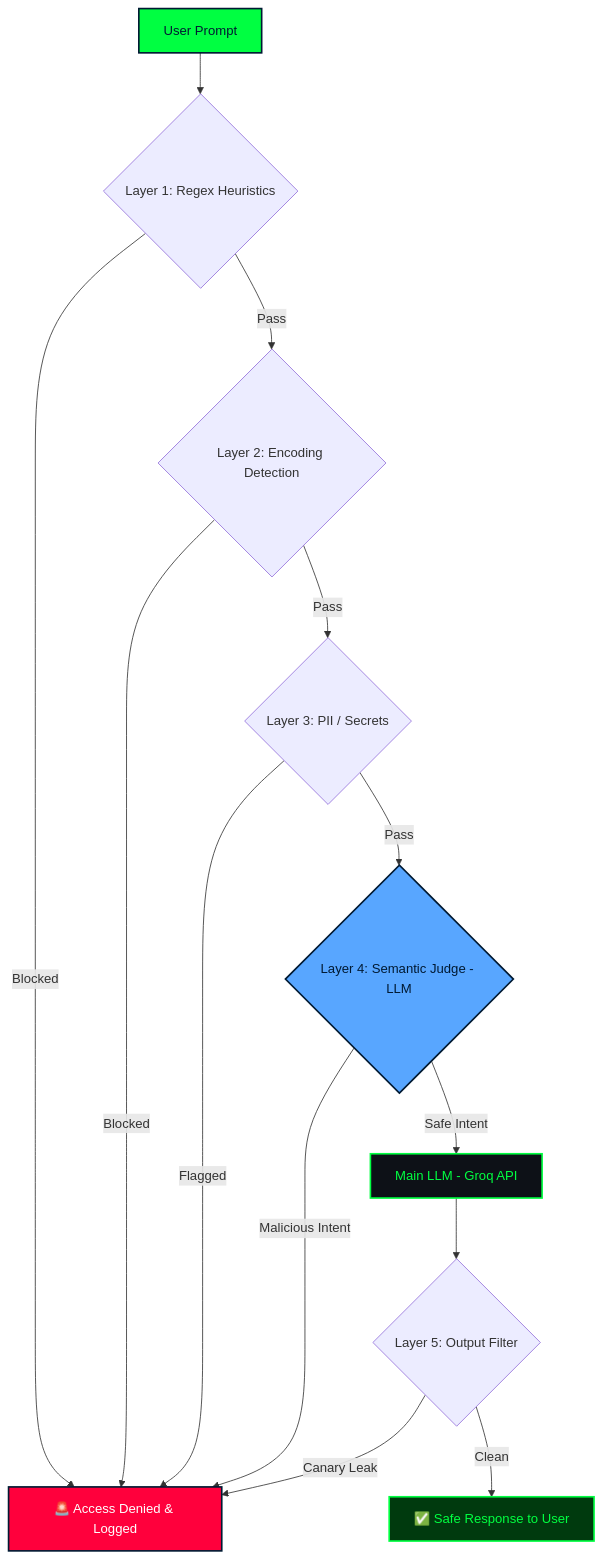
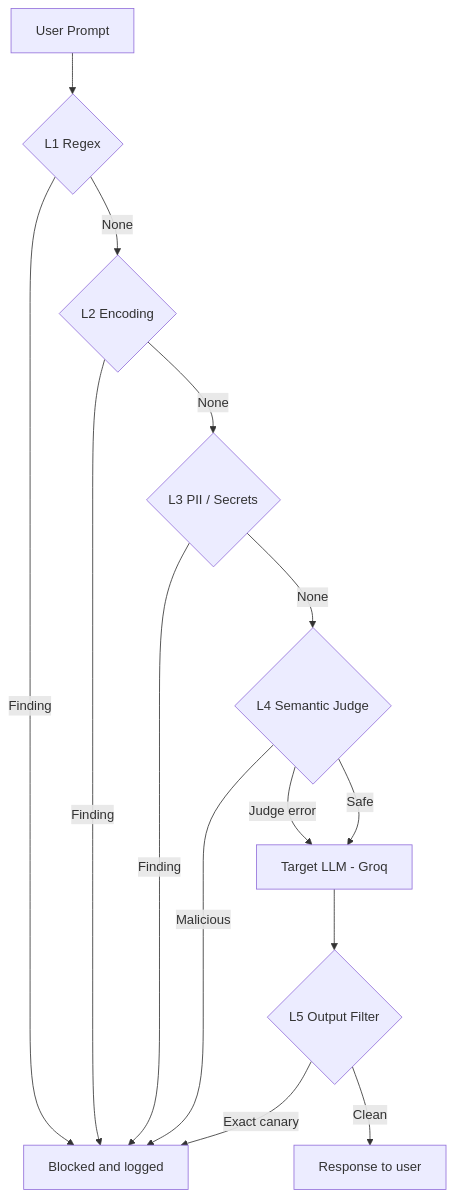
One commit to codewarrior777/prompt-aegis changed the diagram in README.md. Above: the diagram before and after it, drawn with Mermaid. The commit also changed other lines of this file and 2 other files, not shown here.

First line of the commit message:
Aegis: research-prototype README, judge model migration, visible judge errors

````diff
--- a/README.md
+++ b/README.md
@@ -46,21 +37,16 @@
 ```mermaid
 graph TD
-    A[User Prompt] --> B{Layer 1: Regex Heuristics}
-    B -->|Blocked| F[🚨 Access Denied & Logged]
-    B -->|Pass| C{Layer 2: Encoding Detection}
-    C -->|Blocked| F
-    C -->|Pass| D{Layer 3: PII / Secrets}
-    D -->|Flagged| F
-    D -->|Pass| E{Layer 4: Semantic Judge - LLM}
-    E -->|Malicious Intent| F
-    E -->|Safe Intent| G[Main LLM - Groq API]
-    G --> H{Layer 5: Output Filter}
-    H -->|Canary Leak| F
-    H -->|Clean| I[✅ Safe Response to User]
-
-    style A fill:#00ff41,stroke:#001a33,stroke-width:2px,color:#001a33
-    style F fill:#ff003c,stroke:#001a33,stroke-width:2px,color:#fff
-    style E fill:#58a6ff,stroke:#001a33,stroke-width:2px,color:#001a33
-    style G fill:#0d1117,stroke:#00ff41,stroke-width:2px,color:#00ff41
-    style I fill:#003a0e,stroke:#00ff41,stroke-width:2px,color:#00ff41
+    A[User Prompt] --> B{L1 Regex}
+    B -->|Finding| F[Blocked and logged]
+    B -->|None| C{L2 Encoding}
+    C -->|Finding| F
+    C -->|None| D{L3 PII / Secrets}
+    D -->|Finding| F
+    D -->|None| E{L4 Semantic Judge}
+    E -->|Malicious| F
+    E -->|Judge error| G
+    E -->|Safe| G[Target LLM - Groq]
+    G --> H{L5 Output Filter}
+    H -->|Exact canary| F
+    H -->|Clean| I[Response to user]
 ```
````
